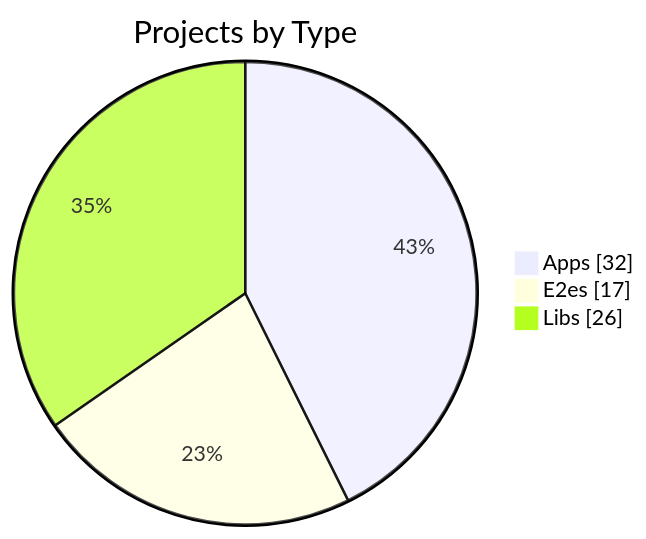
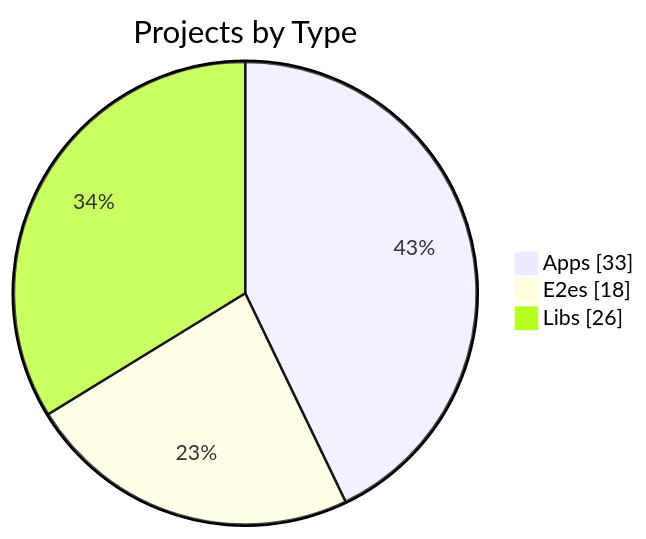
The first of 3 diagrams in apps/kbve/astro-kbve/src/content/docs/dashboard/graph.mdx (KBVE/kbve), drawn with Mermaid before and after one commit. The commit also changed other lines of this file and 8 other files, not shown here.

````diff
--- a/apps/kbve/astro-kbve/src/content/docs/dashboard/graph.mdx
+++ b/apps/kbve/astro-kbve/src/content/docs/dashboard/graph.mdx
@@ -56,7 +56,7 @@
 ```mermaid
 pie showData
     title Projects by Type
-    "Apps" : 32
-    "E2es" : 17
+    "Apps" : 33
+    "E2es" : 18
     "Libs" : 26
 ```
````
